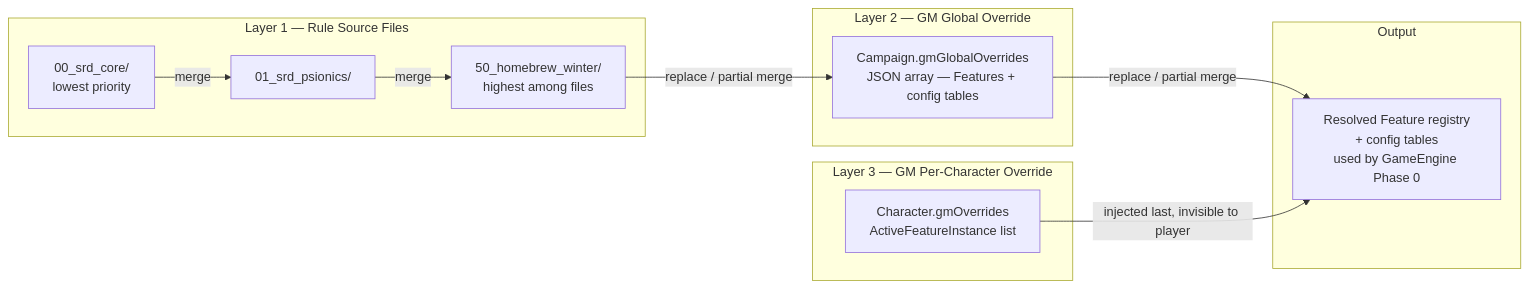
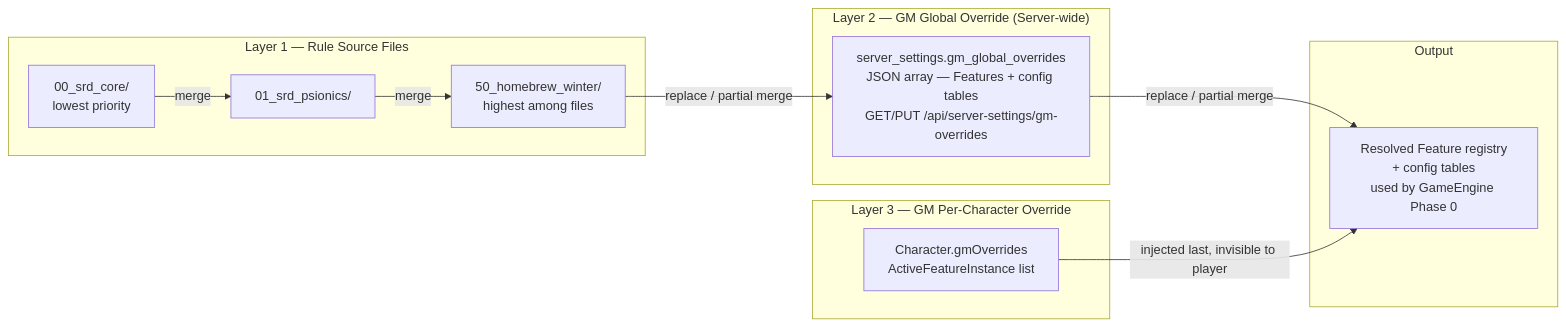
The fifth of 5 diagrams in ARCHITECTURE.md (tartampluch/character-vault), drawn with Mermaid before and after one commit. The commit also changed other lines of this file and 19 other files, not shown here.

First line of the commit message:
feat(server-settings): move GM global overrides to server-wide settings

````diff
--- a/ARCHITECTURE.md
+++ b/ARCHITECTURE.md
@@ -3187,25 +3197,25 @@
 ```mermaid
 flowchart LR
     subgraph "Layer 1 — Rule Source Files"
         F1[00_srd_core/<br/>lowest priority]
         F2[01_srd_psionics/]
         F3[50_homebrew_winter/<br/>highest among files]
         F1 -->|merge| F2 -->|merge| F3
     end
 
-    subgraph "Layer 2 — GM Global Override"
-        GG[Campaign.gmGlobalOverrides<br/>JSON array — Features + config tables]
+    subgraph "Layer 2 — GM Global Override (Server-wide)"
+        GG[server_settings.gm_global_overrides<br/>JSON array — Features + config tables<br/>GET/PUT /api/server-settings/gm-overrides]
     end
 
     subgraph "Layer 3 — GM Per-Character Override"
         GC[Character.gmOverrides<br/>ActiveFeatureInstance list]
     end
 
     subgraph "Output"
         RESOLVED[Resolved Feature registry<br/>+ config tables<br/>used by GameEngine Phase 0]
     end
 
     F3 -->|replace / partial merge| GG
     GG -->|replace / partial merge| RESOLVED
     GC -->|injected last, invisible to player| RESOLVED
 ```
````
